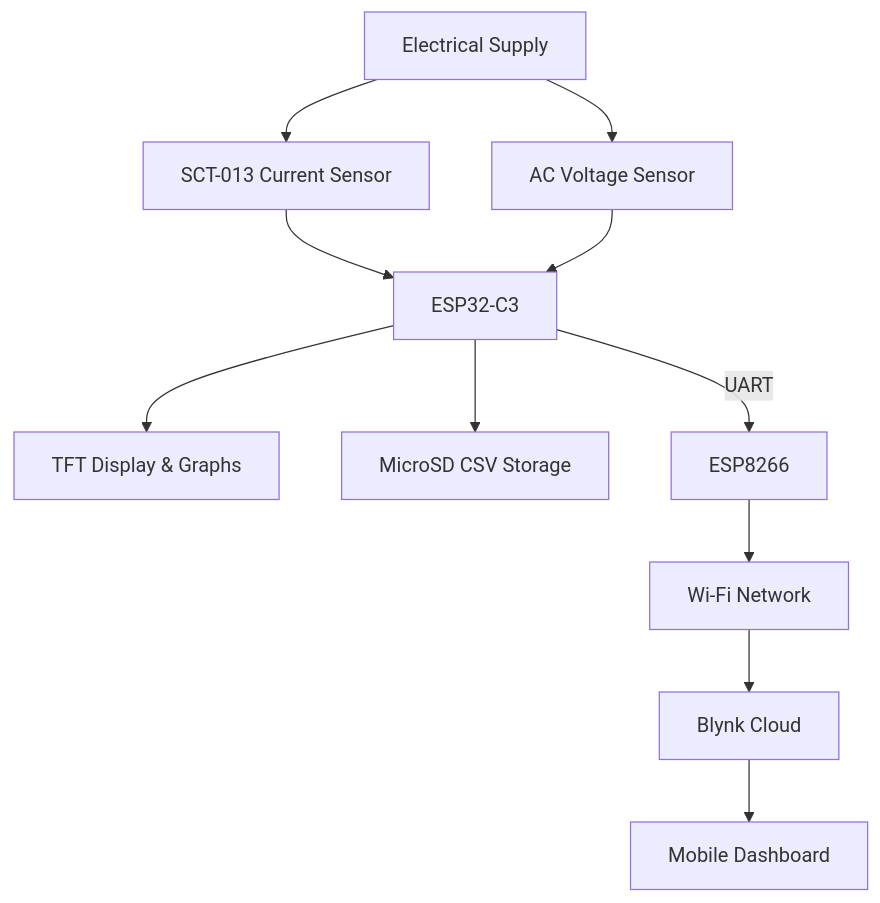
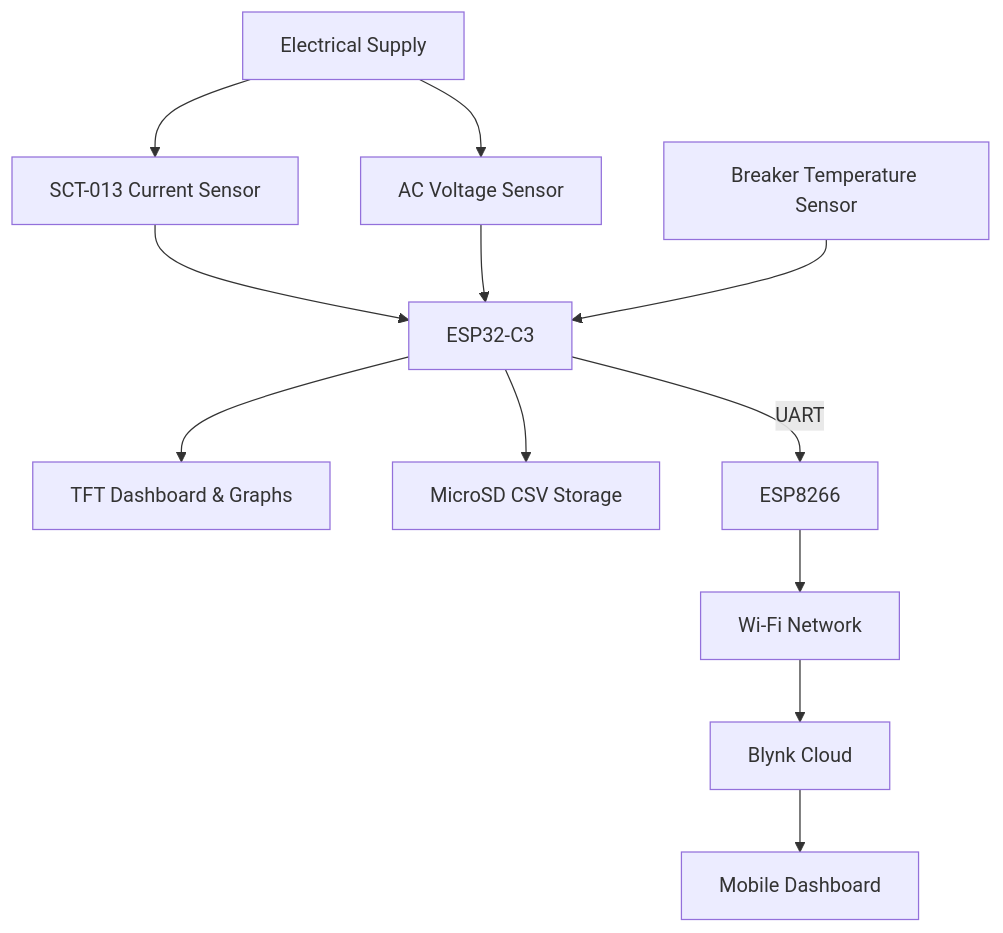
The first of 3 diagrams in README.md (Willowwilson78-hub/ESP32_Power_Monitor), drawn with Mermaid before and after one commit. The commit also changed other lines of this file, not shown here.

````diff
--- a/README.md
+++ b/README.md
@@ -66,23 +70,26 @@
 ```mermaid
 flowchart TD
 
 A[Electrical Supply]
 
 A --> B[SCT-013 Current Sensor]
 A --> C[AC Voltage Sensor]
 
+T[Breaker Temperature Sensor]
+
 B --> D[ESP32-C3]
 C --> D
+T --> D
 
-D --> TFT[TFT Display & Graphs]
+D --> TFT[TFT Dashboard & Graphs]
 
 D --> SD[MicroSD CSV Storage]
 
 D -->|UART| E[ESP8266]
 
 E --> WIFI[Wi-Fi Network]
 
 WIFI --> BLYNK[Blynk Cloud]
 
 BLYNK --> APP[Mobile Dashboard]
 ```
````
